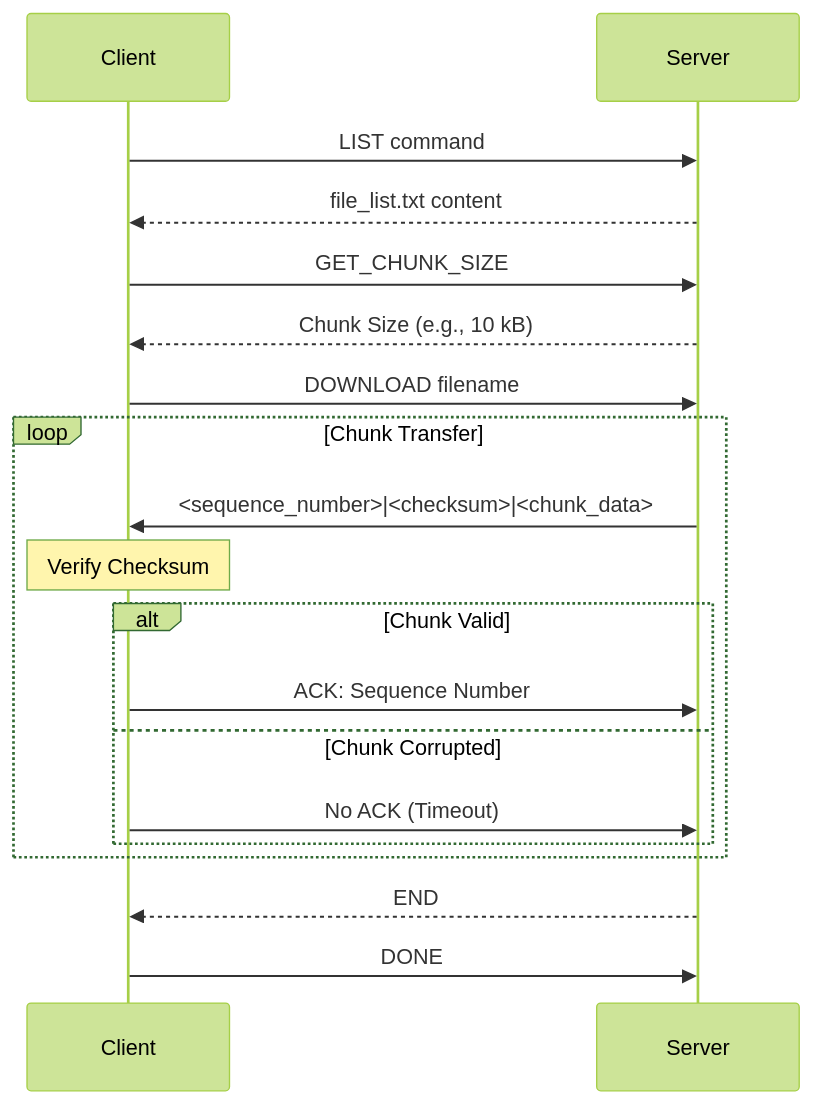
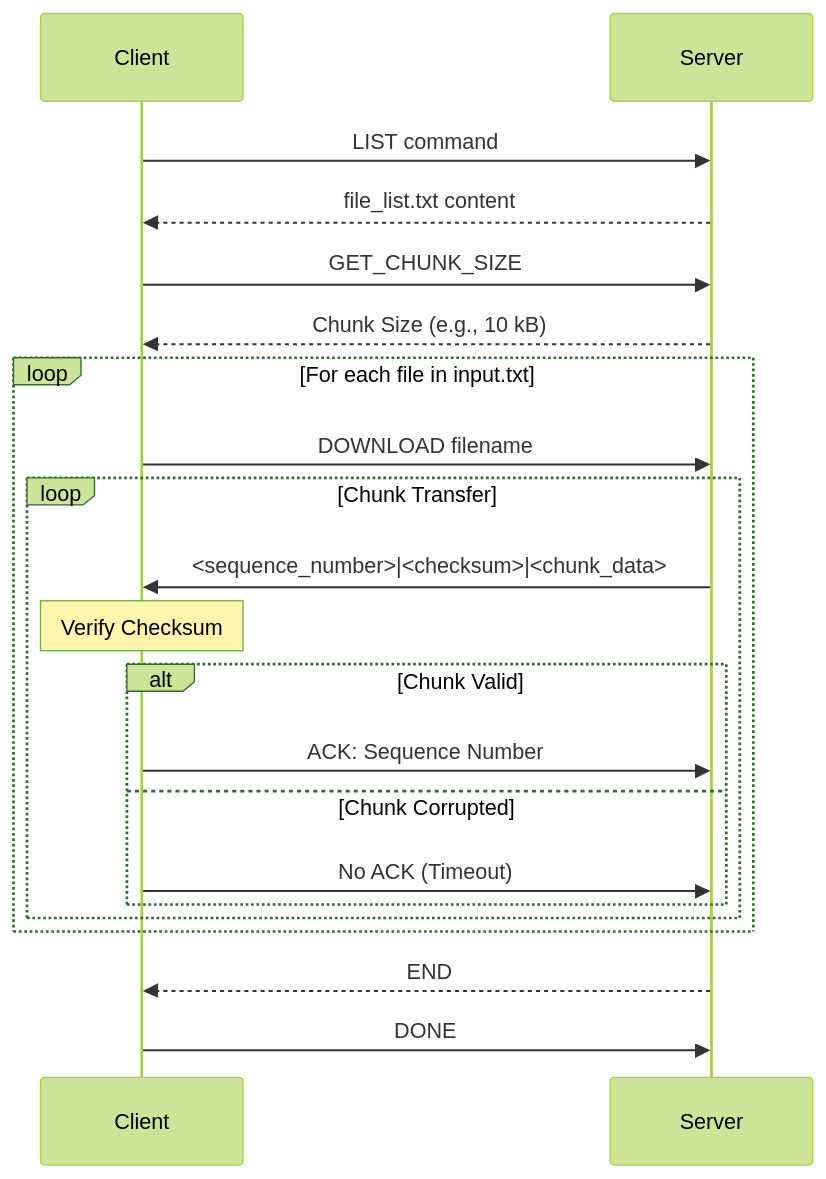
The second of 2 diagrams in README.md (Phuquy1805/NetworkingProject), drawn with Mermaid (forest theme) before and after one commit. The commit also changed other lines of this file, not shown here.

````diff
--- a/README.md
+++ b/README.md
@@ -93,28 +94,30 @@
 ```mermaid
 sequenceDiagram
     participant Client
     participant Server
     
     # File List Request
     Client->>Server: LIST command
     Server-->>Client: file_list.txt content
     
     # Download Preparation
     Client->>Server: GET_CHUNK_SIZE
     Server-->>Client: Chunk Size (e.g., 10 kB)
     
     # File Download
-    Client->>Server: DOWNLOAD filename
-    loop Chunk Transfer
-        Server->>Client: <sequence_number>|<checksum>|<chunk_data>
-        Note over Client: Verify Checksum
-        alt Chunk Valid
-            Client->>Server: ACK: Sequence Number
-        else Chunk Corrupted
-            Client->>Server: No ACK (Timeout)
-        end
+    loop For each file in input.txt
+        Client->>Server: DOWNLOAD filename
+        loop Chunk Transfer
+             Server->>Client: <sequence_number>|<checksum>|<chunk_data>
+             Note over Client: Verify Checksum
+             alt Chunk Valid
+                 Client->>Server: ACK: Sequence Number
+             else Chunk Corrupted
+                 Client->>Server: No ACK (Timeout)
+             end
+         end
     end
     
     Server-->>Client: END 
     Client->>Server: DONE 
 ```
````
